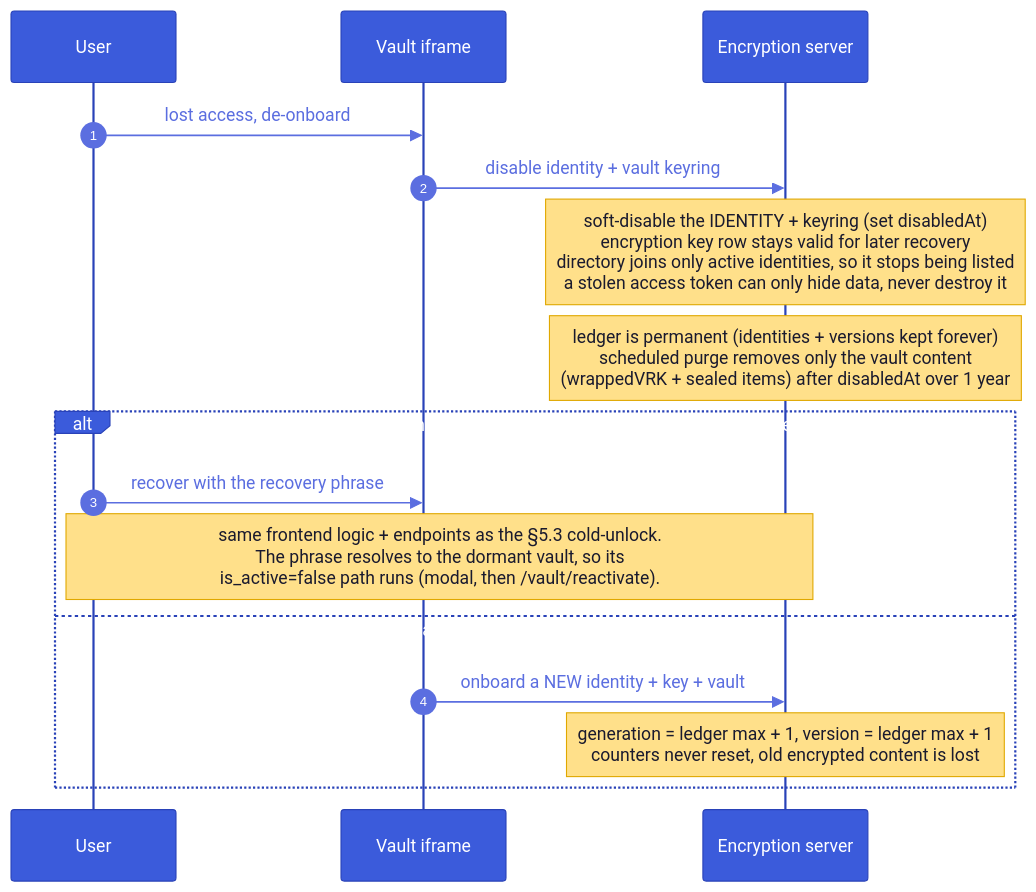
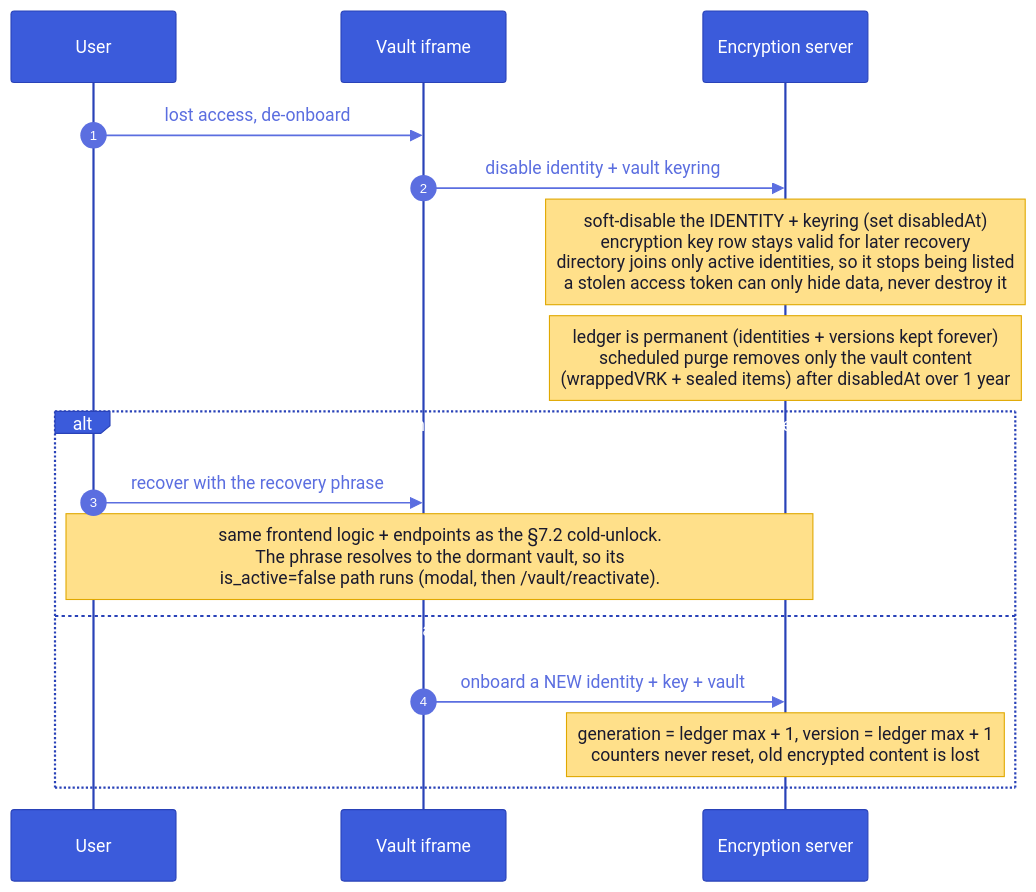
Before and after one commit to suitenumerique/encryption: diagram 17 of 22 in architecture.md, drawn with Mermaid. The commit also changed other lines of this file, not shown here.

````diff
--- a/architecture.md
+++ b/architecture.md
@@ -781,19 +1132,19 @@
 ```mermaid
 %%{init: {'theme':'base','themeVariables':{'actorBkg':'#3b5bdb','actorTextColor':'#fff','actorBorder':'#2942b8','signalColor':'#5b6ee0','signalTextColor':'#5b6ee0','noteBkgColor':'#ffe08a','noteTextColor':'#1a1a2e','noteBorderColor':'#e0a800','sequenceNumberColor':'#fff'}}}%%
 sequenceDiagram
   autonumber
   participant U as User
   participant V as Vault iframe
   participant API as Encryption server
   U->>V: lost access, de-onboard
   V->>API: disable identity + vault keyring
   Note over API: soft-disable the IDENTITY + keyring (set disabledAt)<br/>encryption key row stays valid for later recovery<br/>directory joins only active identities, so it stops being listed<br/>a stolen access token can only hide data, never destroy it
   Note over API: ledger is permanent (identities + versions kept forever)<br/>scheduled purge removes only the vault content<br/>(wrappedVRK + sealed items) after disabledAt over 1 year
   alt within retention window, user re-enters the recovery phrase
     U->>V: recover with the recovery phrase
-    Note over U,API: same frontend logic + endpoints as the §5.3 cold-unlock.<br/>The phrase resolves to the dormant vault, so its<br/>is_active=false path runs (modal, then /vault/reactivate).
+    Note over U,API: same frontend logic + endpoints as the §7.2 cold-unlock.<br/>The phrase resolves to the dormant vault, so its<br/>is_active=false path runs (modal, then /vault/reactivate).
   else phrase matches nothing or vault already purged
     V->>API: onboard a NEW identity + key + vault
     Note over API: generation = ledger max + 1, version = ledger max + 1<br/>counters never reset, old encrypted content is lost
   end
 ```
````
